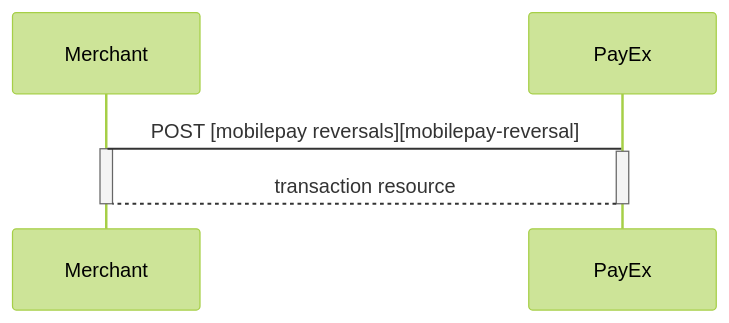
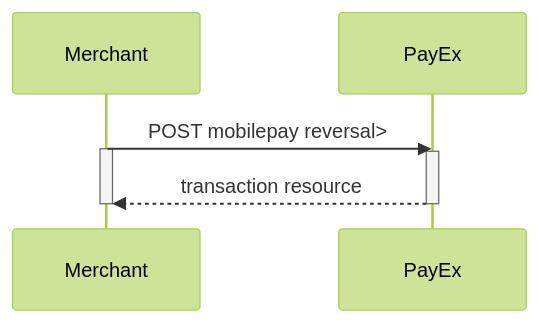
The third of 3 diagrams in payments/mobile-pay/after-payment.md (SwedbankPay/developer.swedbankpay.com), drawn with Mermaid (forest theme) before and after one commit. The commit also changed other lines of this file and 4 other files, not shown here.

````diff
--- a/payments/mobile-pay/after-payment.md
+++ b/payments/mobile-pay/after-payment.md
@@ -428,9 +459,9 @@
 ```mermaid
 sequenceDiagram
-  Merchant->PayEx: POST [mobilepay reversals][mobilepay-reversal]
+  Merchant->>PayEx: POST mobilepay reversal>
   Activate Merchant
   Activate PayEx
-  PayEx-->Merchant: transaction resource
+  PayEx-->>Merchant: transaction resource
   Deactivate PayEx
   Deactivate Merchant
 ```
````
